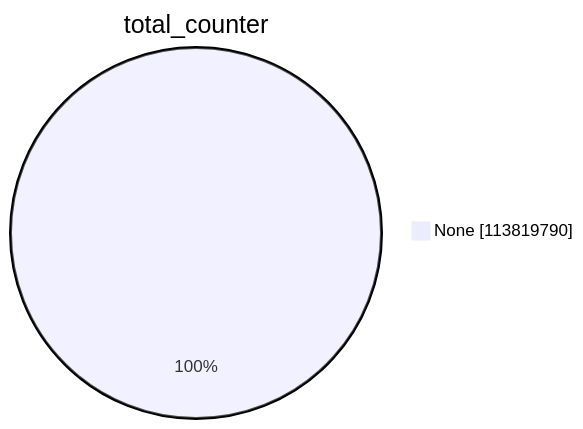
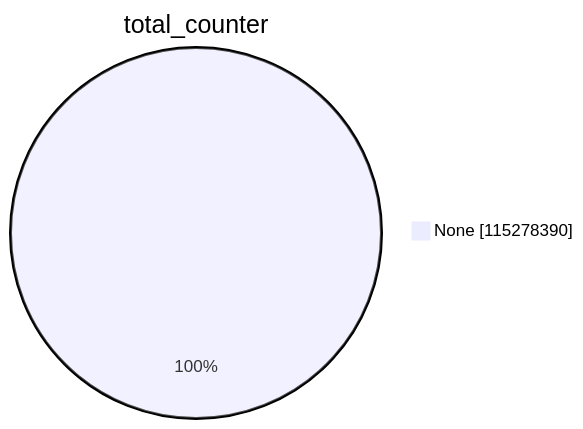
One commit to christiankrug/ctmonitor_visualization changed the first of 15 diagrams in xenon2023/README.md. Above: the diagram before and after it, drawn with Mermaid. The commit also changed other lines of this file, not shown here.

````diff
--- a/xenon2023/README.md
+++ b/xenon2023/README.md
@@ -1,5 +1,5 @@
 ```mermaid
 pie showData
 title total_counter
-"None" :113819790
+"None" :115278390
 ```
````
